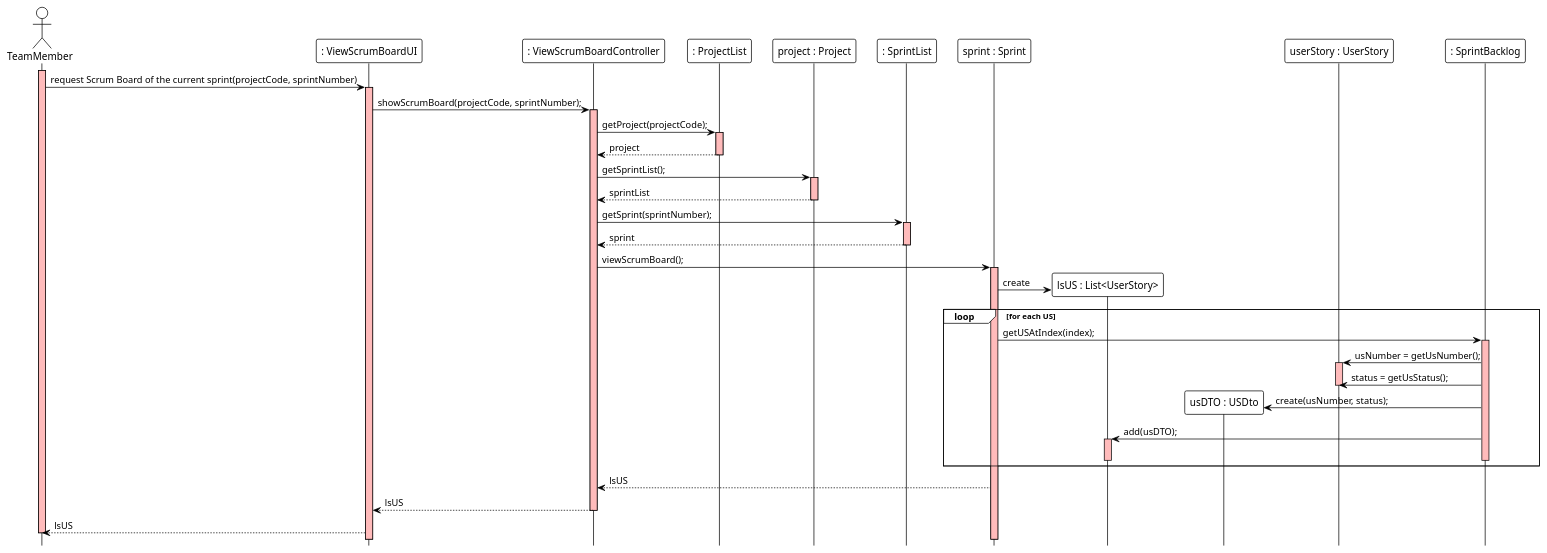
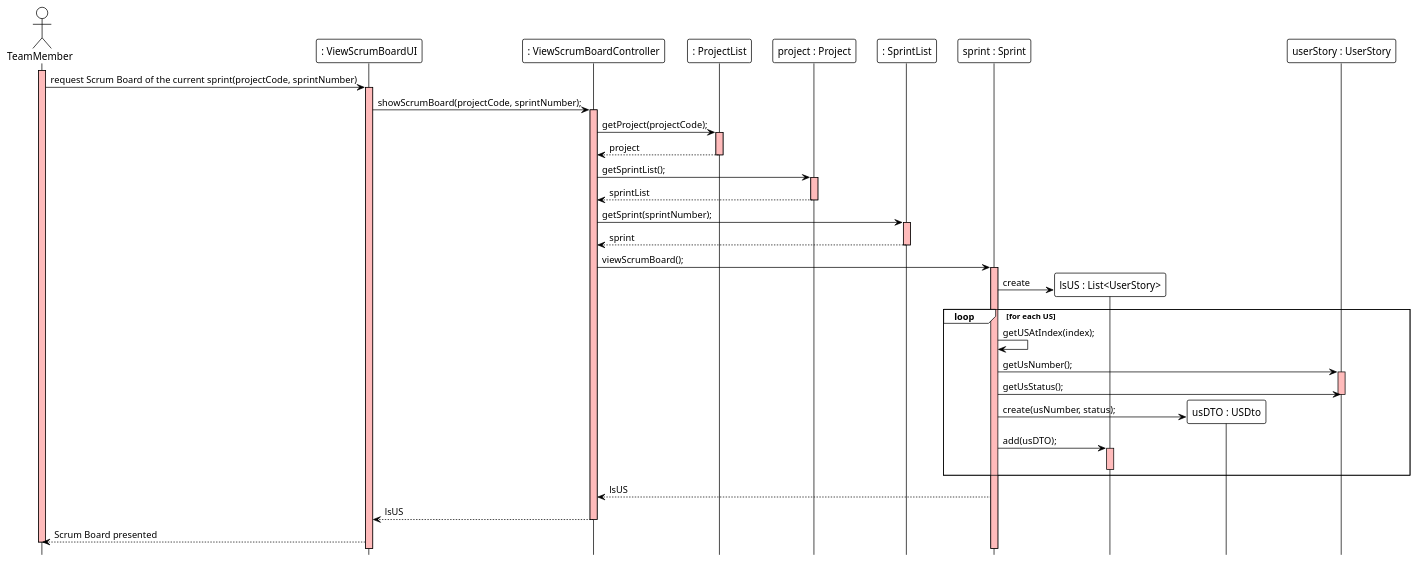
Before and after one commit to ivo-menezes/project_g3: the diagram in docs/modelling_design/user_stories/us022/US022_ViewScrumBoardSD.puml, drawn with PlantUML.

Commit message:
US022: Design: Updated SD.

```diff
--- a/docs/modelling_design/user_stories/us022/US022_ViewScrumBoardSD.puml
+++ b/docs/modelling_design/user_stories/us022/US022_ViewScrumBoardSD.puml
@@ -1,67 +1,64 @@
 @startuml
 !theme plain
 hide footbox
 
 actor TeamMember as User
 participant ": ViewScrumBoardUI" as UI
 participant ": ViewScrumBoardController" as Controller
 participant ": ProjectList" as List
 participant "project : Project" as Project
 participant ": SprintList" as SprintList
 participant "sprint : Sprint" as Sprint
 participant "lsUS : List<UserStory>" as DTOList
 participant "usDTO : USDto" as Dto
 participant "userStory : UserStory" as US
-participant ": SprintBacklog" as SB
 
 activate User #FFBBBB
 User -> UI: request Scrum Board of the current sprint(projectCode, sprintNumber)
 
 activate UI #FFBBBB
 UI -> Controller: showScrumBoard(projectCode, sprintNumber);
 activate Controller #FFBBBB
 
 Controller -> List: getProject(projectCode);
 activate List #FFBBBB
 List --> Controller: project
 deactivate List
 
 Controller -> Project: getSprintList();
 activate Project #FFBBBB
 Project --> Controller: sprintList
 deactivate Project
 
 Controller -> SprintList: getSprint(sprintNumber);
 activate SprintList #FFBBBB
 SprintList --> Controller: sprint
 deactivate SprintList
 
 Controller -> Sprint: viewScrumBoard();
 activate Sprint #FFBBBB
 
 Sprint -> DTOList **: create
 
 loop for each US
-Sprint -> SB: getUSAtIndex(index);
-activate SB #FFBBBB
+Sprint -> Sprint: getUSAtIndex(index);
 
-SB -> US: usNumber = getUsNumber();
+Sprint -> US: getUsNumber();
 activate US #FFBBBB
 
-SB -> US: status = getUsStatus();
+Sprint -> US: getUsStatus();
 deactivate US
 
-SB -> Dto **: create(usNumber, status);
-SB -> DTOList: add(usDTO);
+Sprint -> Dto **: create(usNumber, status);
+Sprint -> DTOList: add(usDTO);
 activate DTOList #FFBBBB
 deactivate DTOList
-deactivate SB
 end
 
 Sprint --> Controller: lsUS
 Controller --> UI: lsUS
 deactivate Controller
 
-UI --> User: lsUS
+UI --> User: Scrum Board presented
 deactivate User
 @enduml
```
